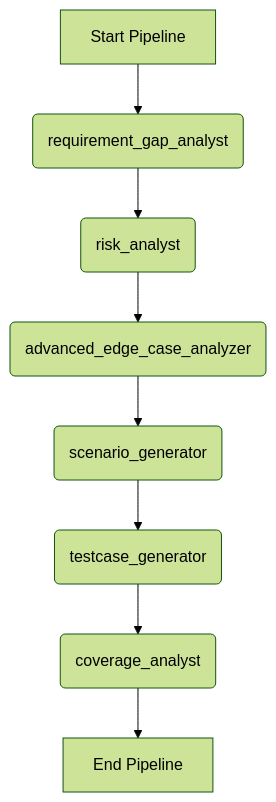
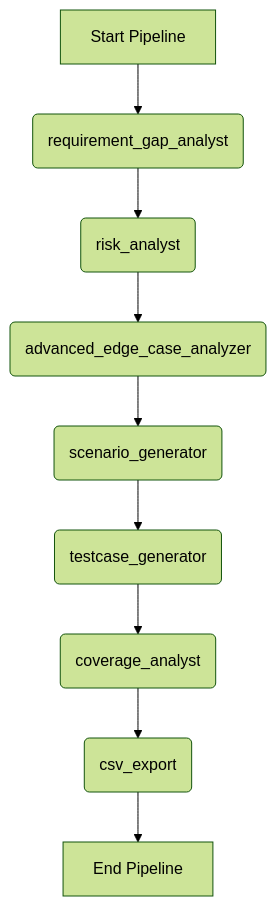
The diagram in workflows/03_QA_Test_Engineering.md (naulmai/qa-auto-kit), drawn with Mermaid (forest theme) before and after one commit. The commit also changed other lines of this file and 9 other files, not shown here.

````diff
--- a/workflows/03_QA_Test_Engineering.md
+++ b/workflows/03_QA_Test_Engineering.md
@@ -12,10 +12,11 @@
 ```mermaid
 graph TD
     A[Start Pipeline] --> A1(requirement_gap_analyst)
     A1 --> B(risk_analyst)
     B --> C(advanced_edge_case_analyzer)
     C --> D(scenario_generator)
     D --> E(testcase_generator)
     E --> F(coverage_analyst)
-    F --> G[End Pipeline]
+    F --> F1(csv_export)
+    F1 --> G[End Pipeline]
 ```
````
